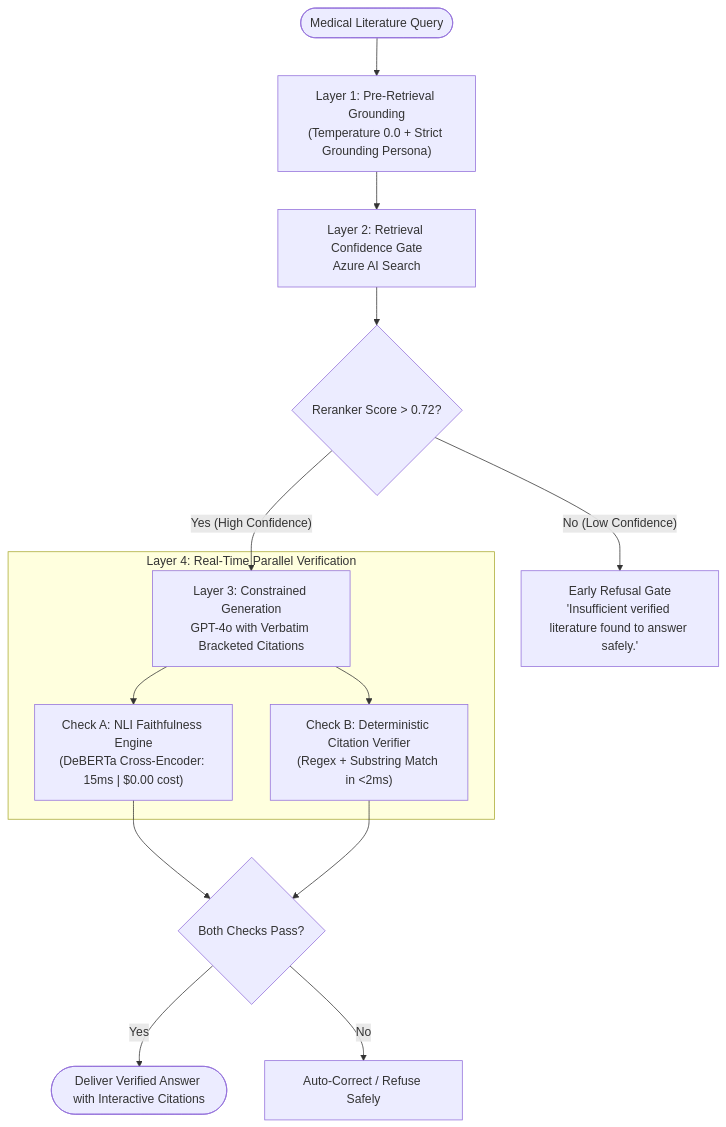
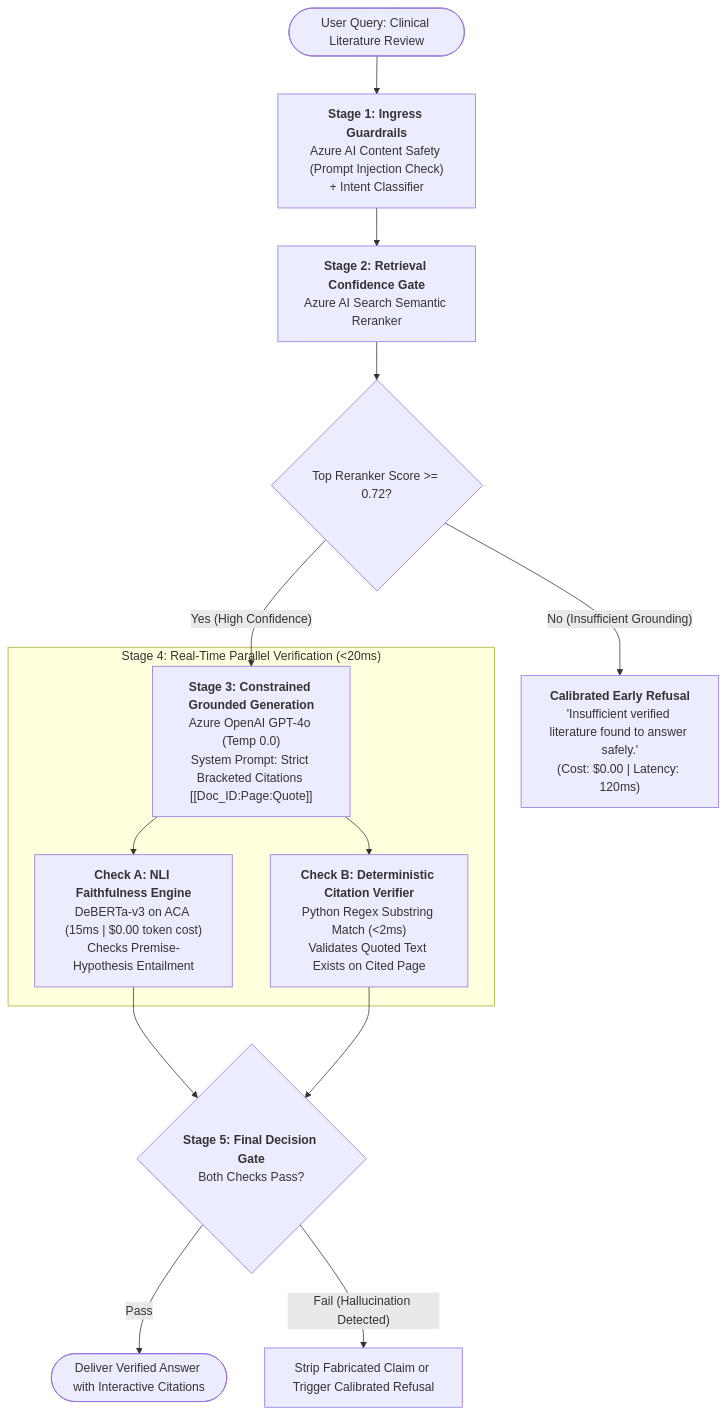
Before and after one commit to rahulkumarjha26/genai-study-materials: the fifth of 10 diagrams in README_V2.md, drawn with Mermaid. The commit also changed other lines of this file, not shown here.

Commit message:
Reboot README_V2.md with Teacher-First Framework, 1:1 Flowchart Alignment, Jargon Decoders, and Zero Repetition

````diff
--- a/README_V2.md
+++ b/README_V2.md
@@ -339,21 +384,22 @@
 ```mermaid
 flowchart TD
-    Query(["Medical Literature Query"]) --> Gate1["Layer 1: Pre-Retrieval Grounding<br/>(Temperature 0.0 + Strict Grounding Persona)"]
+    Query(["User Query: Clinical Literature Review"]) --> Stage1["<b>Stage 1: Ingress Guardrails</b><br/>Azure AI Content Safety (Prompt Injection Check)<br/>+ Intent Classifier"]
     
-    Gate1 --> Retrieval["Layer 2: Retrieval Confidence Gate<br/>Azure AI Search"]
-    Retrieval --> ScoreCheck{"Reranker Score > 0.72?"}
+    Stage1 --> Stage2["<b>Stage 2: Retrieval Confidence Gate</b><br/>Azure AI Search Semantic Reranker"]
+    Stage2 --> ScoreCheck{"Top Reranker Score >= 0.72?"}
     
-    ScoreCheck -- "No (Low Confidence)" --> RefusalEarly["Early Refusal Gate<br/>'Insufficient verified literature found to answer safely.'"]
+    ScoreCheck -- "No (Insufficient Grounding)" --> EarlyRefusal["<b>Calibrated Early Refusal</b><br/>'Insufficient verified literature found to answer safely.'<br/>(Cost: $0.00 | Latency: 120ms)"]
     
-    ScoreCheck -- "Yes (High Confidence)" --> Gen["Layer 3: Constrained Generation<br/>GPT-4o with Verbatim Bracketed Citations"]
+    ScoreCheck -- "Yes (High Confidence)" --> Stage3["<b>Stage 3: Constrained Grounded Generation</b><br/>Azure OpenAI GPT-4o (Temp 0.0)<br/>System Prompt: Strict Bracketed Citations [[Doc_ID:Page:Quote]]"]
     
-    subgraph REAL_TIME_CHECKS["Layer 4: Real-Time Parallel Verification"]
-        Gen --> NLI["Check A: NLI Faithfulness Engine<br/>(DeBERTa Cross-Encoder: 15ms | $0.00 cost)"]
-        Gen --> Citation["Check B: Deterministic Citation Verifier<br/>(Regex + Substring Match in <2ms)"]
+    subgraph STAGE4["Stage 4: Real-Time Parallel Verification (<20ms)"]
+        Stage3 --> CheckA["<b>Check A: NLI Faithfulness Engine</b><br/>DeBERTa-v3 on ACA (15ms | $0.00 token cost)<br/>Checks Premise-Hypothesis Entailment"]
+        Stage3 --> CheckB["<b>Check B: Deterministic Citation Verifier</b><br/>Python Regex Substring Match (<2ms)<br/>Validates Quoted Text Exists on Cited Page"]
     end
-
-    NLI --> FinalGate{"Both Checks Pass?"}
-    Citation --> FinalGate
-    FinalGate -- "Yes" --> Output(["Deliver Verified Answer with Interactive Citations"])
-    FinalGate -- "No" --> StripRefuse["Auto-Correct / Refuse Safely"]
+    
+    CheckA --> Stage5{"<b>Stage 5: Final Decision Gate</b><br/>Both Checks Pass?"}
+    CheckB --> Stage5
+    
+    Stage5 -- "Pass" --> DeliverOutput(["Deliver Verified Answer with Interactive Citations"])
+    Stage5 -- "Fail (Hallucination Detected)" --> CorrectRefuse["Strip Fabricated Claim or Trigger Calibrated Refusal"]
 ```
````
